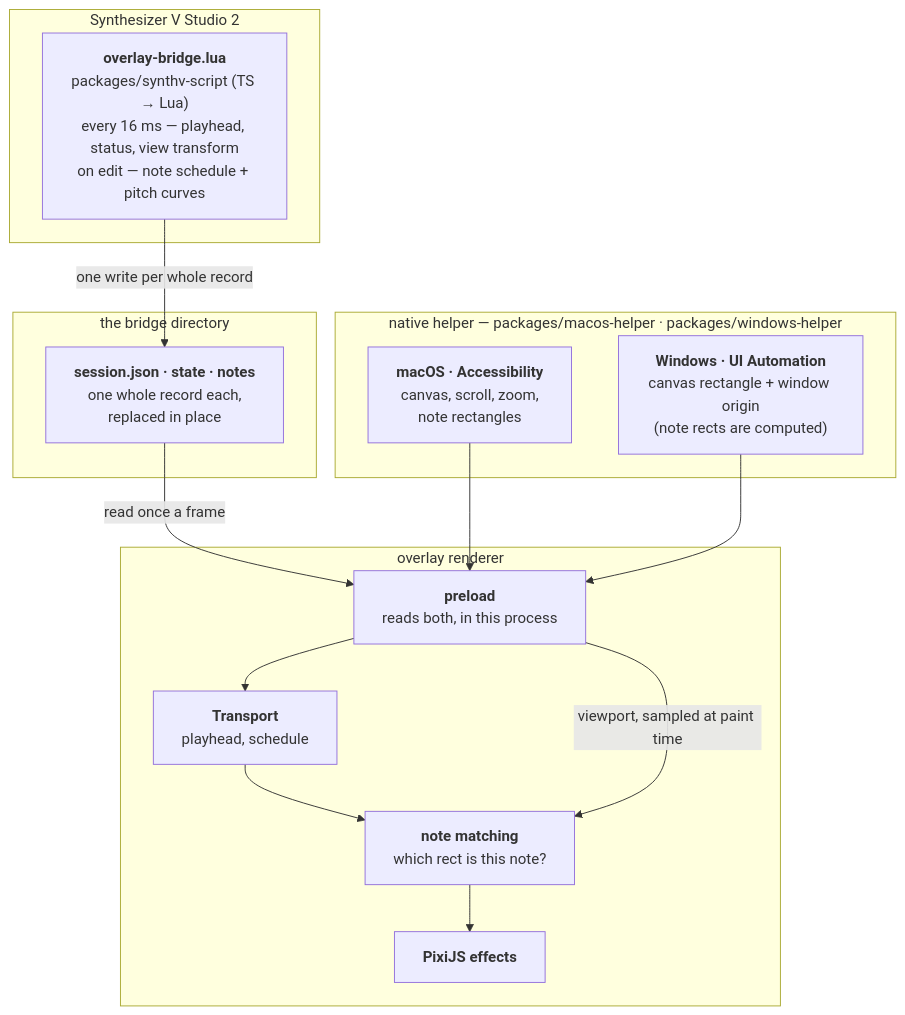
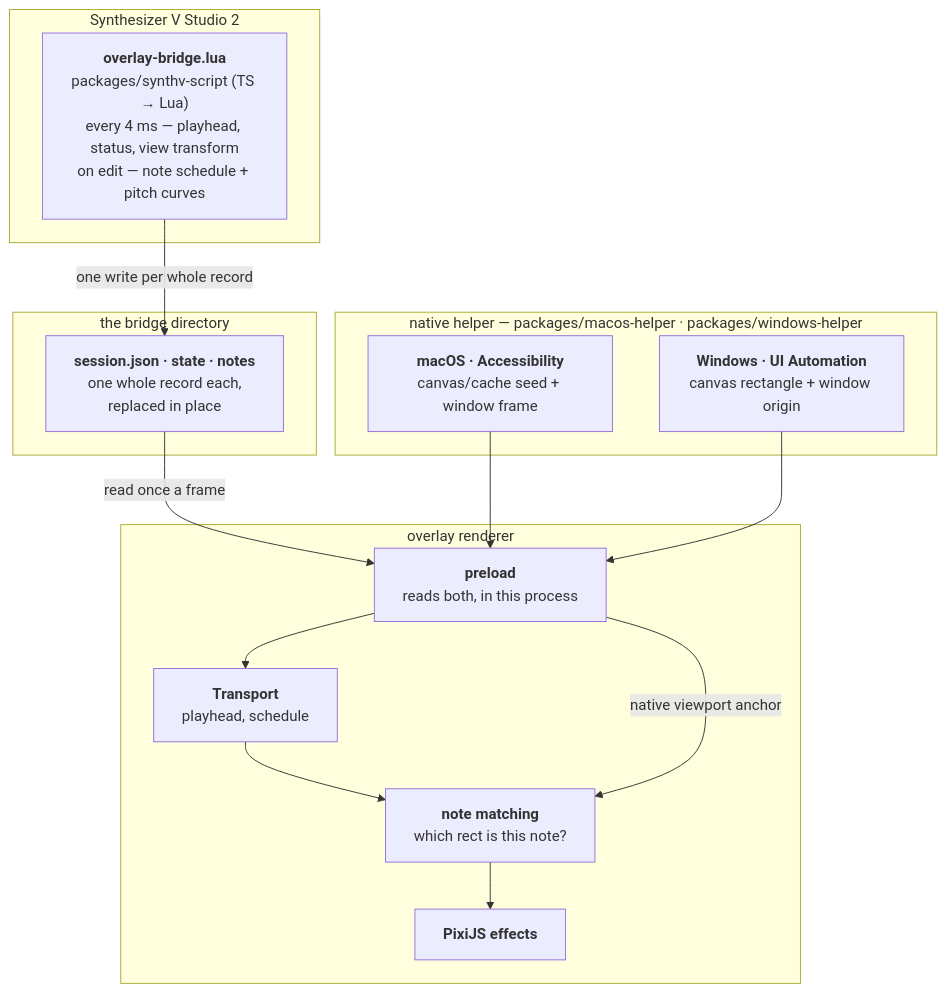
One commit to 0x1f320/karaoke-v changed the diagram in docs/architecture.md. Above: the diagram before and after it, drawn with Mermaid. The commit also changed other lines of this file and 51 other files, not shown here.

Commit message:
fix(overlay): reduce scroll latency through bridge geometry

````diff
--- a/docs/architecture.md
+++ b/docs/architecture.md
@@ -27,29 +27,29 @@
 ```mermaid
 flowchart TD
     subgraph SV["Synthesizer V Studio 2"]
-        script["<b>overlay-bridge.lua</b><br/>packages/synthv-script (TS → Lua)<br/>every 16 ms — playhead, status, view transform<br/>on edit — note schedule + pitch curves"]
+        script["<b>overlay-bridge.lua</b><br/>packages/synthv-script (TS → Lua)<br/>every 4 ms — playhead, status, view transform<br/>on edit — note schedule + pitch curves"]
     end
 
     subgraph CH["the bridge directory"]
         files["<b>session.json · state · notes</b><br/>one whole record each,<br/>replaced in place"]
     end
 
     subgraph NAT["native helper — packages/macos-helper · packages/windows-helper"]
-        mac["<b>macOS · Accessibility</b><br/>canvas, scroll, zoom,<br/>note rectangles"]
-        win["<b>Windows · UI Automation</b><br/>canvas rectangle + window origin<br/>(note rects are computed)"]
+        mac["<b>macOS · Accessibility</b><br/>canvas/cache seed + window frame"]
+        win["<b>Windows · UI Automation</b><br/>canvas rectangle + window origin"]
     end
 
     subgraph REN["overlay renderer"]
         preload["<b>preload</b><br/>reads both, in this process"]
         transport["<b>Transport</b><br/>playhead, schedule"]
         match["<b>note matching</b><br/>which rect is this note?"]
         pixi["<b>PixiJS effects</b>"]
     end
 
     script -- "one write per whole record" --> files
     files -- "read once a frame" --> preload
     mac --> preload
     win --> preload
     preload --> transport --> match --> pixi
-    preload -- "viewport, sampled at paint time" --> match
+    preload -- "native viewport anchor" --> match
 ```
````
